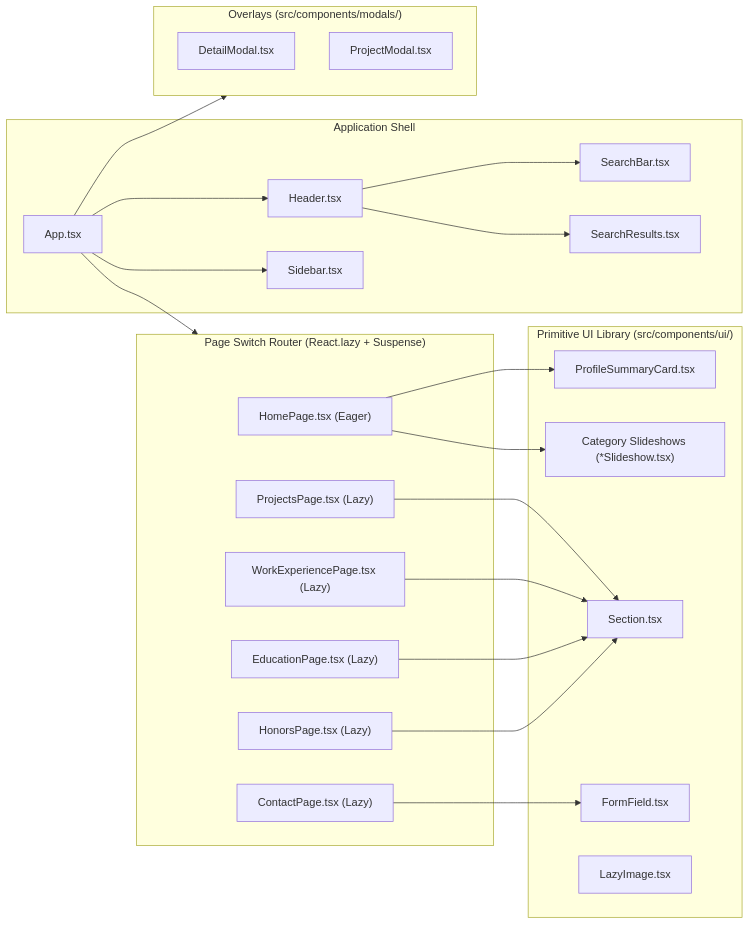
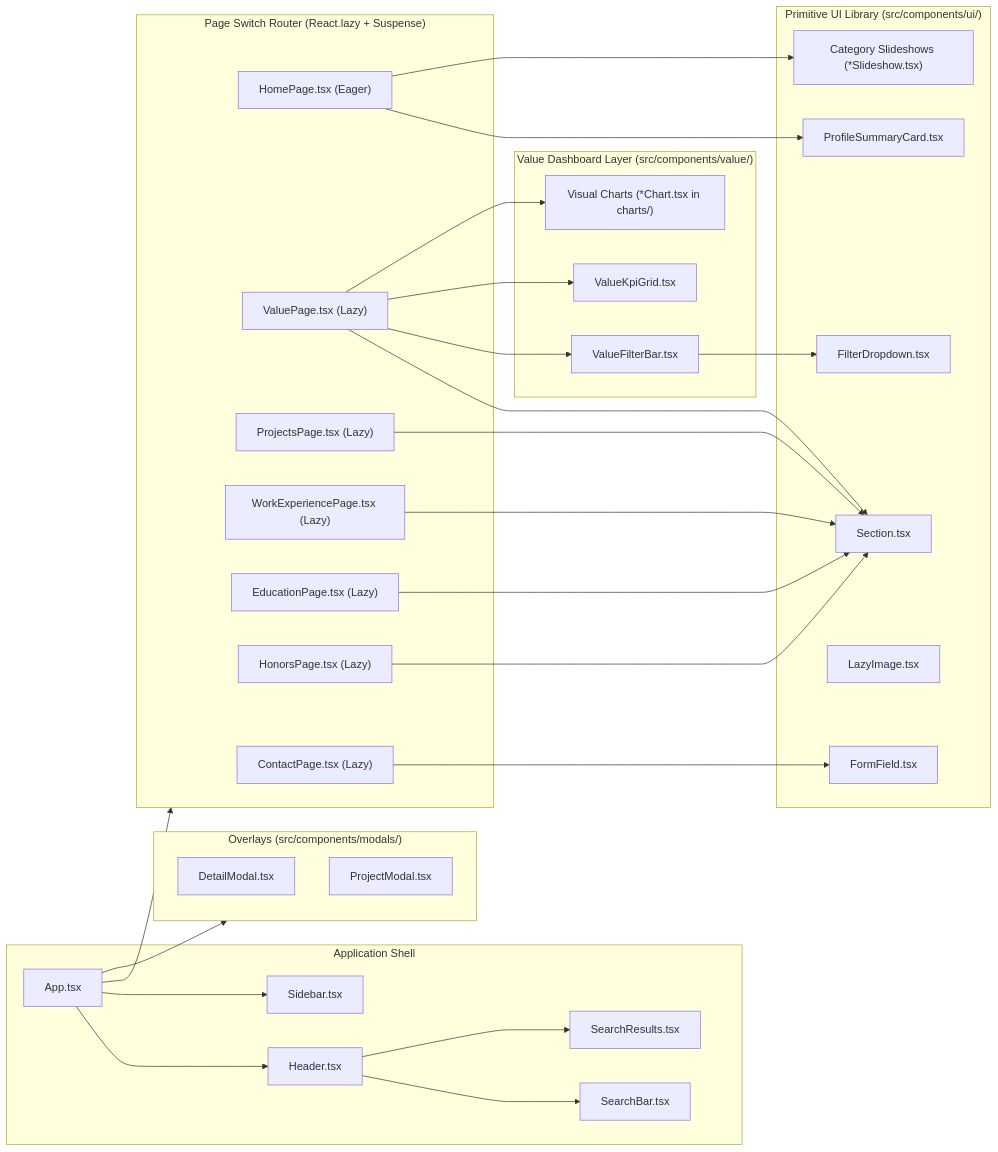
The second of 5 diagrams in docs/architecture.md (kxnghans/kxnghans.github.io), drawn with Mermaid before and after one commit. The commit also changed 40 other files, not shown here.

````diff
--- a/docs/architecture.md
+++ b/docs/architecture.md
@@ -53,51 +53,68 @@
 ```mermaid
 flowchart LR
     subgraph CoreShell["Application Shell"]
         App["App.tsx"]
         Header["Header.tsx"]
         Sidebar["Sidebar.tsx"]
         SearchBarComp["SearchBar.tsx"]
         SearchResultsComp["SearchResults.tsx"]
         App --> Header
         App --> Sidebar
         Header --> SearchBarComp
         Header --> SearchResultsComp
     end
 
     subgraph PageRouter["Page Switch Router (React.lazy + Suspense)"]
         HomeView["HomePage.tsx (Eager)"]
+        ValueView["ValuePage.tsx (Lazy)"]
         ProjView["ProjectsPage.tsx (Lazy)"]
         WorkView["WorkExperiencePage.tsx (Lazy)"]
         EduView["EducationPage.tsx (Lazy)"]
         HonorsView["HonorsPage.tsx (Lazy)"]
         ContactView["ContactPage.tsx (Lazy)"]
+    end
+
+    subgraph ValueComponents["Value Dashboard Layer (src/components/value/)"]
+        ValueKpis["ValueKpiGrid.tsx"]
+        ValueCharts["Visual Charts (*Chart.tsx in charts/)"]
+        ValueFilters["ValueFilterBar.tsx"]
     end
 
     subgraph SharedUI["Primitive UI Library (src/components/ui/)"]
         ProfileCard["ProfileSummaryCard.tsx"]
         Slideshows["Category Slideshows (*Slideshow.tsx)"]
         SectionComp["Section.tsx"]
         FormComp["FormField.tsx"]
         LazyImg["LazyImage.tsx"]
+        FilterDrop["FilterDropdown.tsx"]
     end
 
     subgraph ModalLayer["Overlays (src/components/modals/)"]
         DetailMod["DetailModal.tsx"]
         ProjMod["ProjectModal.tsx"]
     end
 
     %% Routing connections
     App --> PageRouter
 
     %% Component usage
     HomeView --> ProfileCard
     HomeView --> Slideshows
+    ValueView --> SectionComp
+    ValueView --> ValueFilters
+    ValueView --> ValueKpis
+    ValueView --> ValueCharts
+    ValueFilters --> FilterDrop
     ProjView --> SectionComp
     WorkView --> SectionComp
     EduView --> SectionComp
     HonorsView --> SectionComp
+
+
     ContactView --> FormComp
+
 
     %% Modal triggers
     App --> ModalLayer
+
 ```
````
